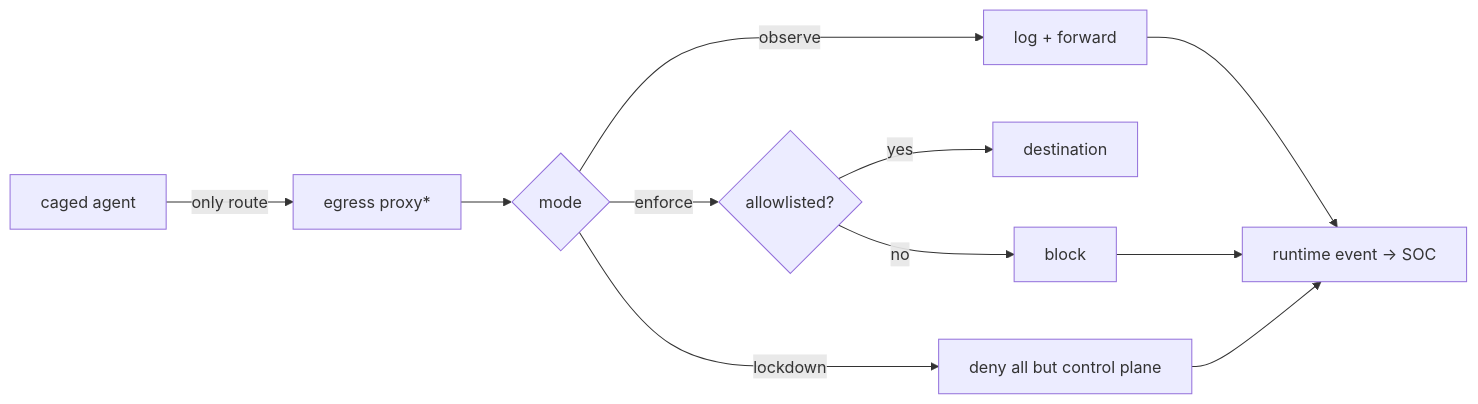
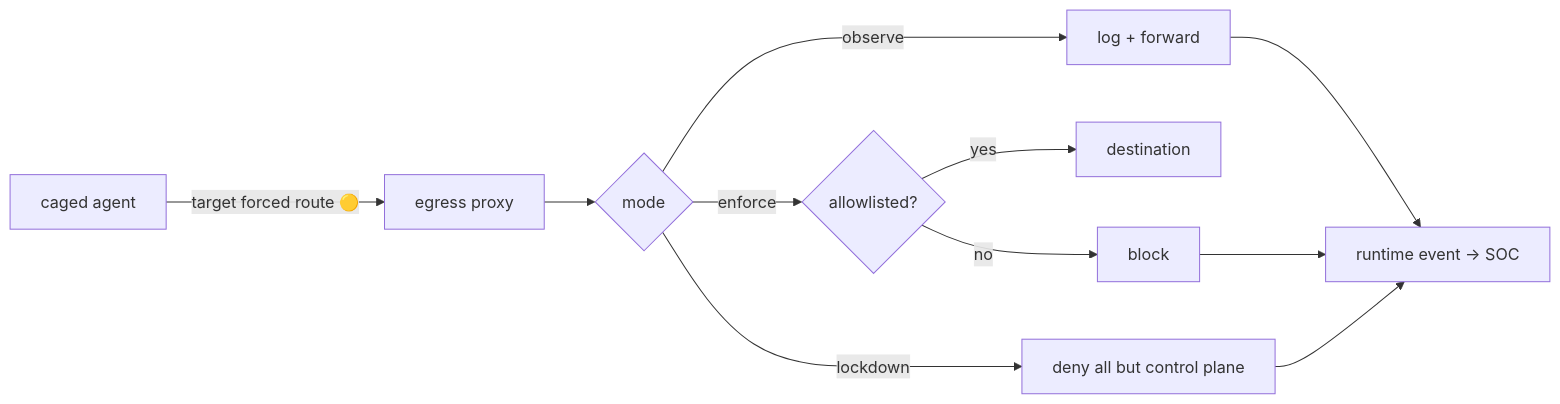
Before and after one commit to lavkushry/AegisAgent: the diagram in docs/flows/Egress_Block_Flow.md, drawn with Mermaid. The commit also changed other lines of this file and 61 other files, not shown here.

````diff
--- a/docs/flows/Egress_Block_Flow.md
+++ b/docs/flows/Egress_Block_Flow.md
@@ -11,11 +11,11 @@
 ```mermaid
 flowchart LR
-    SB[caged agent] -->|only route| EP[egress proxy*]
+    SB[caged agent] -->|target forced route 🟡| EP[egress proxy]
     EP --> MODE{mode}
     MODE -->|observe| LOG[log + forward]
     MODE -->|enforce| CHK{allowlisted?}
     MODE -->|lockdown| ALL[deny all but control plane]
     CHK -->|yes| NET[destination]
     CHK -->|no| BLK[block]
     BLK & LOG & ALL --> EVT[runtime event → SOC]
 ```
````
